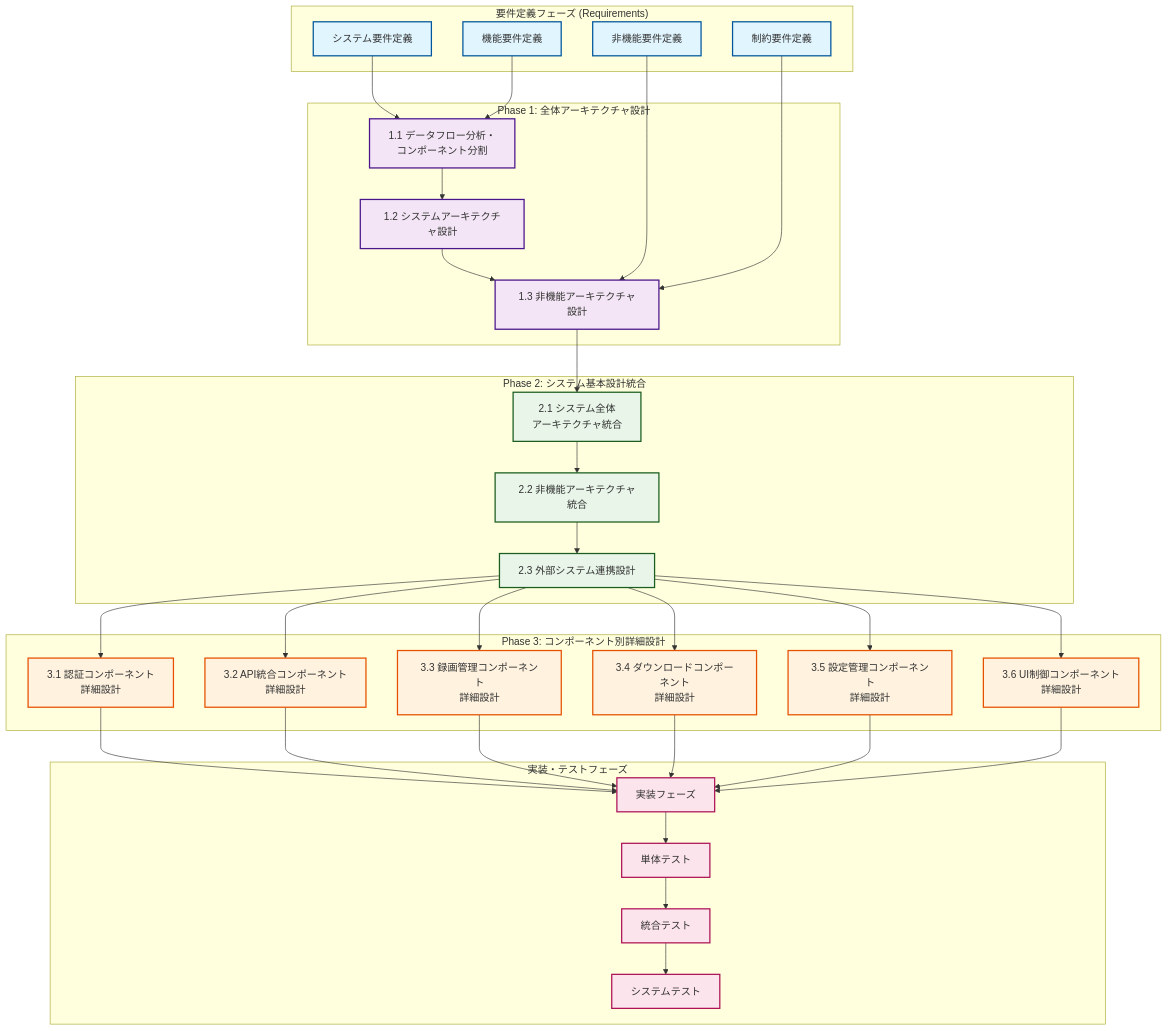
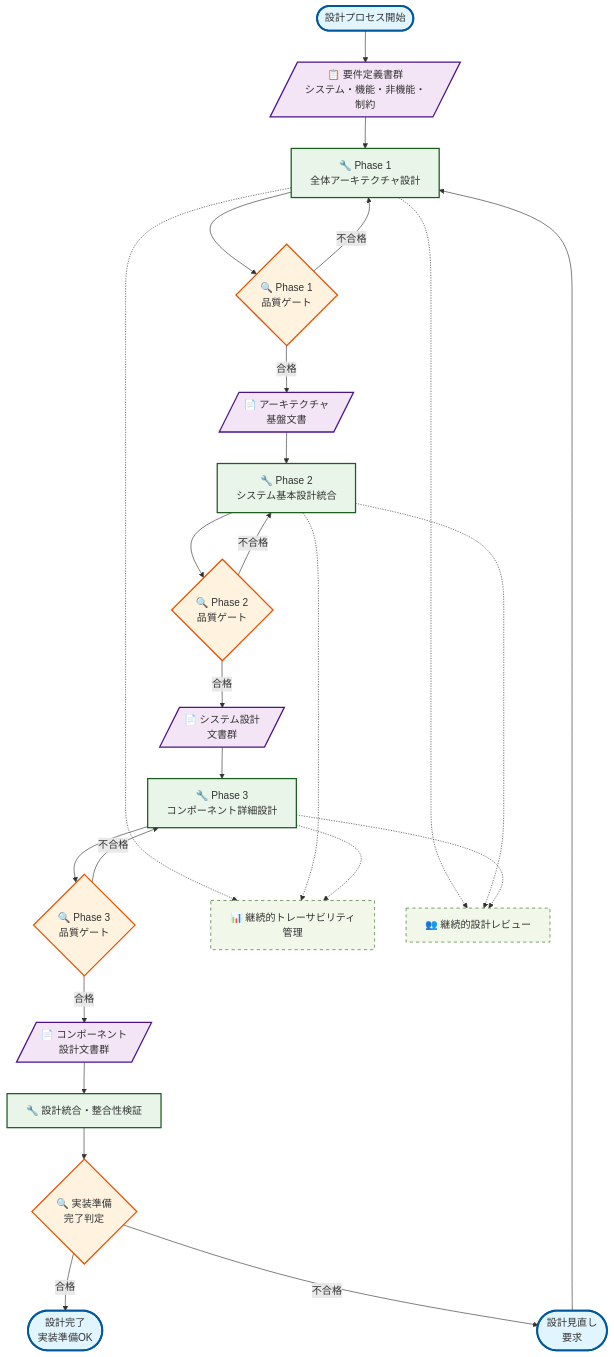
The first of 7 diagrams in docs/design/design_process_flow_diagram.md (toshimana/zoom_video_mover), drawn with Mermaid before and after one commit. The commit also changed other lines of this file and 1 other file, not shown here.

````diff
--- a/docs/design/design_process_flow_diagram.md
+++ b/docs/design/design_process_flow_diagram.md
@@ -14,86 +36,80 @@
 ```mermaid
-graph TD
-    %% 要件定義
-    subgraph "要件定義フェーズ (Requirements)"
-        REQ_SYS[システム要件定義]
-        REQ_FUNC[機能要件定義]
-        REQ_NFR[非機能要件定義]
-        REQ_CONSTRAINT[制約要件定義]
-    end
+flowchart TD
+    %% 開始
+    START([設計プロセス開始])
+    
+    %% 入力データ
+    INPUT_DATA[/📋 要件定義書群\nシステム・機能・非機能・制約/]
     
     %% Phase 1: 全体アーキテクチャ設計
-    subgraph "Phase 1: 全体アーキテクチャ設計"
-        P1_1[1.1 データフロー分析・<br/>コンポーネント分割]
-        P1_2[1.2 システムアーキテクチャ設計]
-        P1_3[1.3 非機能アーキテクチャ設計]
-        
-        P1_1 --> P1_2
-        P1_2 --> P1_3
-    end
+    P1_PROCESS[🔧 Phase 1<br/>全体アーキテクチャ設計]
+    P1_CHECK{🔍 Phase 1<br/>品質ゲート}
+    P1_OUTPUT[/📄 アーキテクチャ<br/>基盤文書/]
     
-    %% Phase 2: システム基本設計統合
-    subgraph "Phase 2: システム基本設計統合"
-        P2_1[2.1 システム全体<br/>アーキテクチャ統合]
-        P2_2[2.2 非機能アーキテクチャ統合]
-        P2_3[2.3 外部システム連携設計]
-        
-        P2_1 --> P2_2
-        P2_2 --> P2_3
-    end
+    %% Phase 2: システム基本設計
+    P2_PROCESS[🔧 Phase 2<br/>システム基本設計統合]
+    P2_CHECK{🔍 Phase 2<br/>品質ゲート}
+    P2_OUTPUT[/📄 システム設計<br/>文書群/]
     
-    %% Phase 3: コンポーネント別詳細設計
-    subgraph "Phase 3: コンポーネント別詳細設計"
-        P3_1[3.1 認証コンポーネント<br/>詳細設計]
-        P3_2[3.2 API統合コンポーネント<br/>詳細設計]
-        P3_3[3.3 録画管理コンポーネント<br/>詳細設計]
-        P3_4[3.4 ダウンロードコンポーネント<br/>詳細設計]
-        P3_5[3.5 設定管理コンポーネント<br/>詳細設計]
-        P3_6[3.6 UI制御コンポーネント<br/>詳細設計]
-    end
+    %% Phase 3: コンポーネント詳細設計
+    P3_PROCESS[🔧 Phase 3<br/>コンポーネント詳細設計]
+    P3_CHECK{🔍 Phase 3<br/>品質ゲート}
+    P3_OUTPUT[/📄 コンポーネント<br/>設計文書群/]
     
-    %% 実装・テストフェーズ
-    subgraph "実装・テストフェーズ"
-        IMPL[実装フェーズ]
-        TEST_UNIT[単体テスト]
-        TEST_INT[統合テスト]
-        TEST_SYS[システムテスト]
-        
-        IMPL --> TEST_UNIT
-        TEST_UNIT --> TEST_INT
-        TEST_INT --> TEST_SYS
-    end
+    %% 最終検証・統合
+    FINAL_INTEGRATION[🔧 設計統合・整合性検証]
+    FINAL_CHECK{🔍 実装準備<br/>完了判定}
     
-    %% フェーズ間の流れ
-    REQ_SYS --> P1_1
-    REQ_FUNC --> P1_1
-    REQ_NFR --> P1_3
-    REQ_CONSTRAINT --> P1_3
+    %% 終了
+    END_SUCCESS([設計完了<br/>実装準備OK])
+    END_REWORK([設計見直し<br/>要求])
     
-    P1_3 --> P2_1
-    P2_3 --> P3_1
-    P2_3 --> P3_2
-    P2_3 --> P3_3
-    P2_3 --> P3_4
-    P2_3 --> P3_5
-    P2_3 --> P3_6
+    %% 並行活動
+    PARALLEL_TRACE[📊 継続的トレーサビリティ管理]
+    PARALLEL_REVIEW[👥 継続的設計レビュー]
     
-    P3_1 --> IMPL
-    P3_2 --> IMPL
-    P3_3 --> IMPL
-    P3_4 --> IMPL
-    P3_5 --> IMPL
-    P3_6 --> IMPL
+    %% フロー接続
+    START --> INPUT_DATA
+    INPUT_DATA --> P1_PROCESS
+    P1_PROCESS --> P1_CHECK
+    P1_CHECK -->|合格| P1_OUTPUT
+    P1_CHECK -->|不合格| P1_PROCESS
+    P1_OUTPUT --> P2_PROCESS
+    
+    P2_PROCESS --> P2_CHECK
+    P2_CHECK -->|合格| P2_OUTPUT
+    P2_CHECK -->|不合格| P2_PROCESS
+    P2_OUTPUT --> P3_PROCESS
+    
+    P3_PROCESS --> P3_CHECK
+    P3_CHECK -->|合格| P3_OUTPUT
+    P3_CHECK -->|不合格| P3_PROCESS
+    P3_OUTPUT --> FINAL_INTEGRATION
+    
+    FINAL_INTEGRATION --> FINAL_CHECK
+    FINAL_CHECK -->|合格| END_SUCCESS
+    FINAL_CHECK -->|不合格| END_REWORK
+    END_REWORK --> P1_PROCESS
+    
+    %% 並行活動接続
+    P1_PROCESS -.-> PARALLEL_TRACE
+    P2_PROCESS -.-> PARALLEL_TRACE
+    P3_PROCESS -.-> PARALLEL_TRACE
+    P1_PROCESS -.-> PARALLEL_REVIEW
+    P2_PROCESS -.-> PARALLEL_REVIEW
+    P3_PROCESS -.-> PARALLEL_REVIEW
     
     %% スタイル定義
-    classDef reqClass fill:#e1f5fe,stroke:#01579b,stroke-width:2px
-    classDef phase1Class fill:#f3e5f5,stroke:#4a148c,stroke-width:2px
-    classDef phase2Class fill:#e8f5e8,stroke:#1b5e20,stroke-width:2px
-    classDef phase3Class fill:#fff3e0,stroke:#e65100,stroke-width:2px
-    classDef implClass fill:#fce4ec,stroke:#ad1457,stroke-width:2px
+    classDef startEnd fill:#e1f5fe,stroke:#01579b,stroke-width:3px
+    classDef input fill:#f3e5f5,stroke:#4a148c,stroke-width:2px
+    classDef process fill:#e8f5e8,stroke:#1b5e20,stroke-width:2px
+    classDef decision fill:#fff3e0,stroke:#e65100,stroke-width:2px
+    classDef output fill:#fce4ec,stroke:#ad1457,stroke-width:2px
+    classDef parallel fill:#f1f8e9,stroke:#33691e,stroke-width:1px,stroke-dasharray: 5 5
     
-    class REQ_SYS,REQ_FUNC,REQ_NFR,REQ_CONSTRAINT reqClass
-    class P1_1,P1_2,P1_3 phase1Class
-    class P2_1,P2_2,P2_3 phase2Class
-    class P3_1,P3_2,P3_3,P3_4,P3_5,P3_6 phase3Class
-    class IMPL,TEST_UNIT,TEST_INT,TEST_SYS implClass
+    class START,END_SUCCESS,END_REWORK startEnd
+    class INPUT_DATA,P1_OUTPUT,P2_OUTPUT,P3_OUTPUT input
+    class P1_PROCESS,P2_PROCESS,P3_PROCESS,FINAL_INTEGRATION process
+    class P1_CHECK,P2_CHECK,P3_CHECK,FINAL_CHECK decision
+    class PARALLEL_TRACE,PARALLEL_REVIEW parallel
 ```
````
